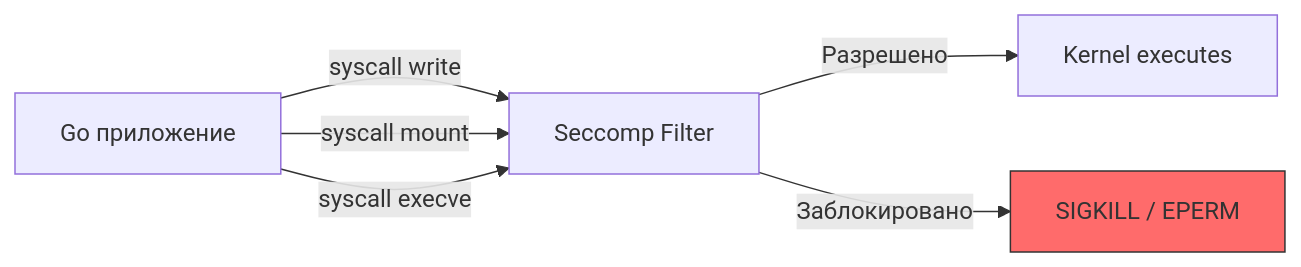
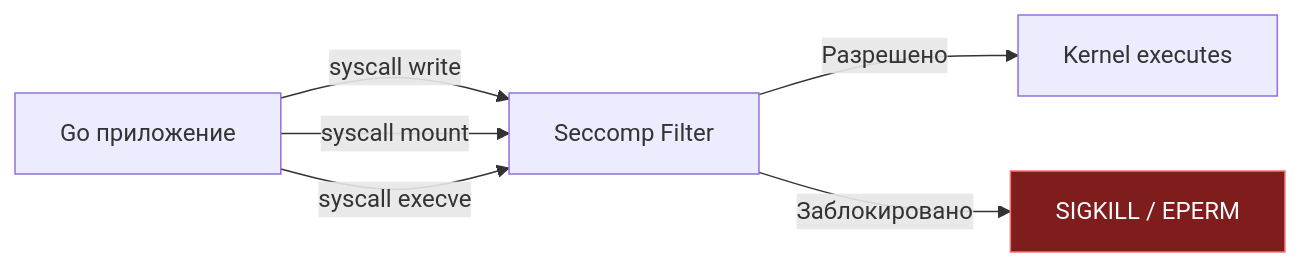
One commit to UnrealTemplier/go-textbook changed the second of 2 diagrams in sources/17. Безопасность (AppSec в Go)/01. Фундамент/5. Принцип наименьших привилегий.md. Above: the diagram before and after it, drawn with Mermaid. The commit also changed other lines of this file and 310 other files, not shown here.

First line of the commit message:
fix(mermaid): replace light fill colors with dark palette for readability on dark theme

````diff
--- a/sources/17. Безопасность (AppSec в Go)/01. Фундамент/5. Принцип наименьших привилегий.md
+++ b/sources/17. Безопасность (AppSec в Go)/01. Фундамент/5. Принцип наименьших привилегий.md
@@ -188,11 +188,11 @@
 ```mermaid
 flowchart LR
     A["Go приложение"] -->|"syscall write"| B["Seccomp Filter"]
     A -->|"syscall mount"| B
     A -->|"syscall execve"| B
     
     B -->|"Разрешено"| C["Kernel executes"]
     B -->|"Заблокировано"| D["SIGKILL / EPERM"]
     
-    style D fill:#ff6b6b,stroke:#333
+    style D fill:#7f1d1d,stroke:#f87171,color:#f8fafc
 ```
````
